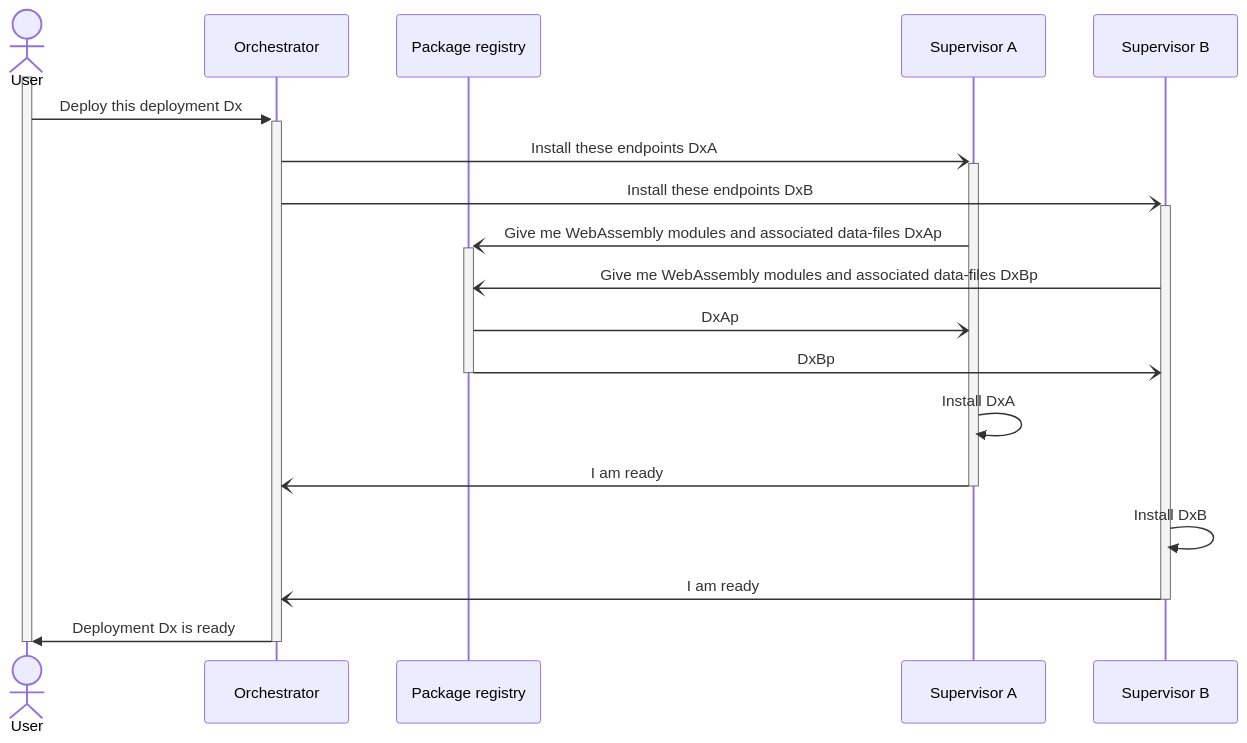
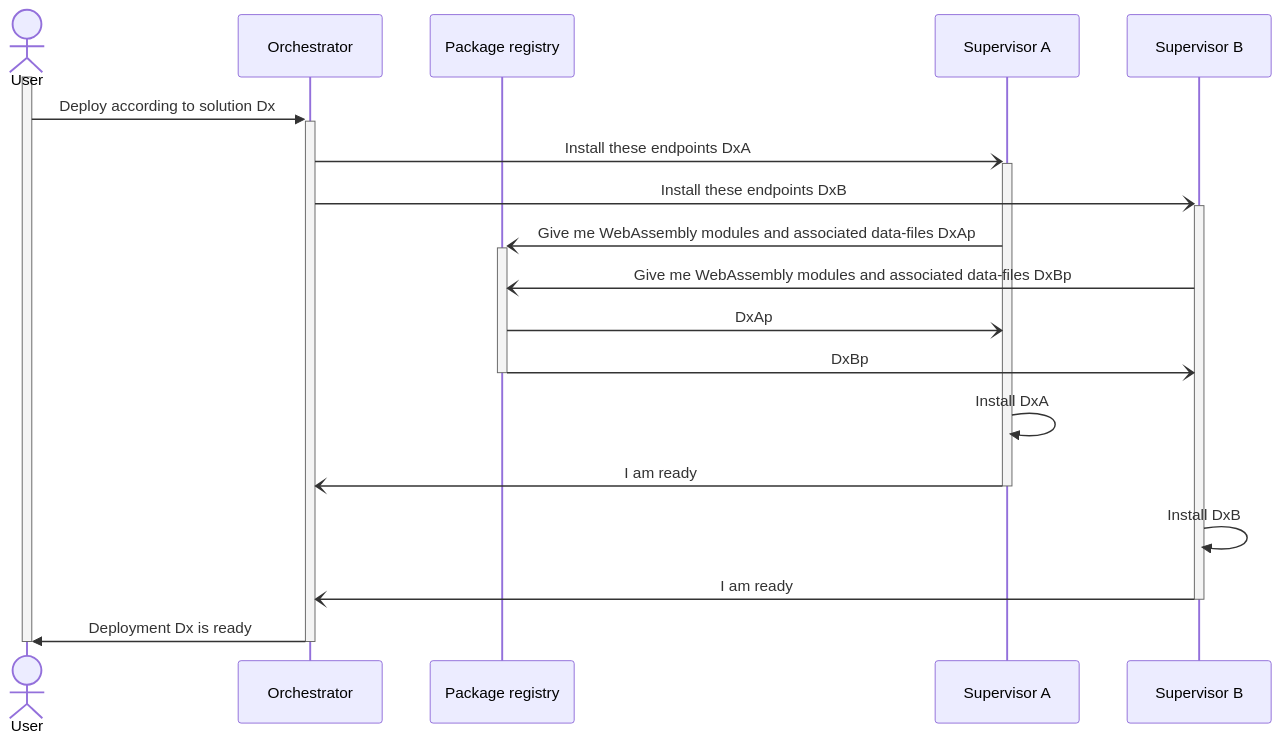
Before and after one commit to viaielja/viaielja-wasmiot: the first of 2 diagrams in docs/orchestrator/deployment.md, drawn with Mermaid. The commit also changed other lines of this file, not shown here.

Commit message:
Docs: Add state diagram about execution on supervisor

````diff
--- a/docs/orchestrator/deployment.md
+++ b/docs/orchestrator/deployment.md
@@ -64,25 +64,25 @@
 ```mermaid
 sequenceDiagram
     %% Definitions:
     actor U as User
     participant O as Orchestrator
     participant P as Package registry
     participant SA as Supervisor A
     participant SB as Supervisor B
 
     activate U
-    U->>+O: Deploy this deployment Dx
+    U->>+O: Deploy according to solution Dx
         O-)+SA: Install these endpoints DxA
         O-)+SB: Install these endpoints DxB
         SA-)+P: Give me WebAssembly modules and associated data-files DxAp
         SB-)P: Give me WebAssembly modules and associated data-files DxBp
         P-)SA: DxAp
         P-)-SB: DxBp
         SA->>SA: Install DxA
         SA-)-O: I am ready
         SB->>SB: Install DxB
         SB-)-O: I am ready
     O->>U: Deployment Dx is ready
     deactivate U
     deactivate O
 ```
````
